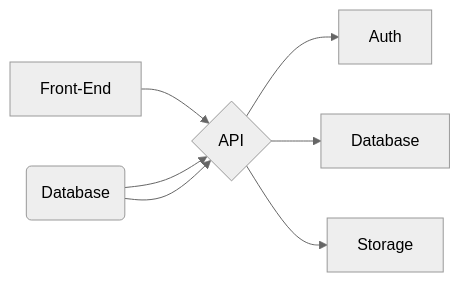
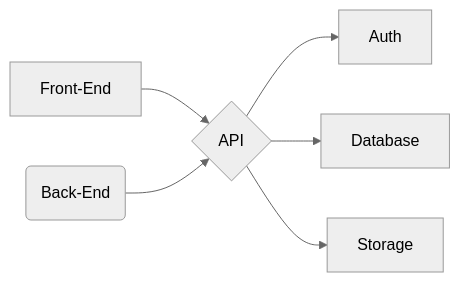
The diagram in readme.md (SauloCandeira/pattern-firebase), drawn with Mermaid (neutral theme) before and after one commit.

````diff
--- a/readme.md
+++ b/readme.md
@@ -13,9 +13,8 @@
 ```mermaid
 flowchart LR
 A[Front-End] --> C{API}
-B(Database) --> C{API}
-B --> C{API}
+B(Back-End) --> C{API}
 C --> D[Auth]
 C --> E[Database]
 C --> F[Storage]
 ```
````
